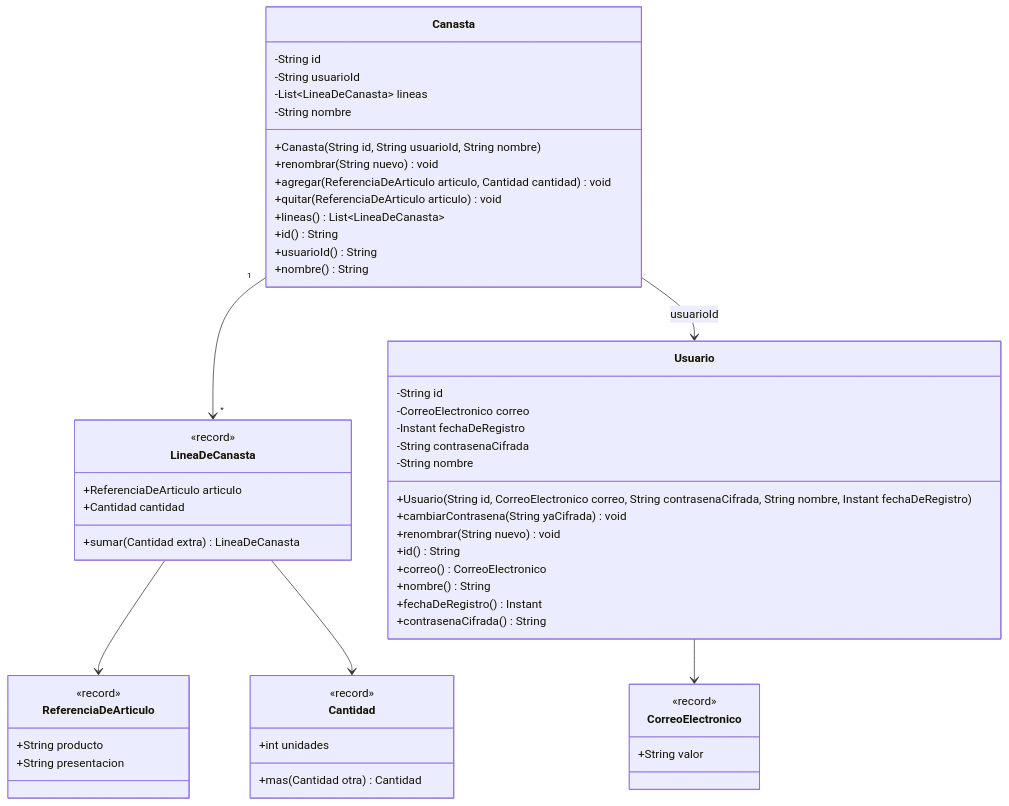
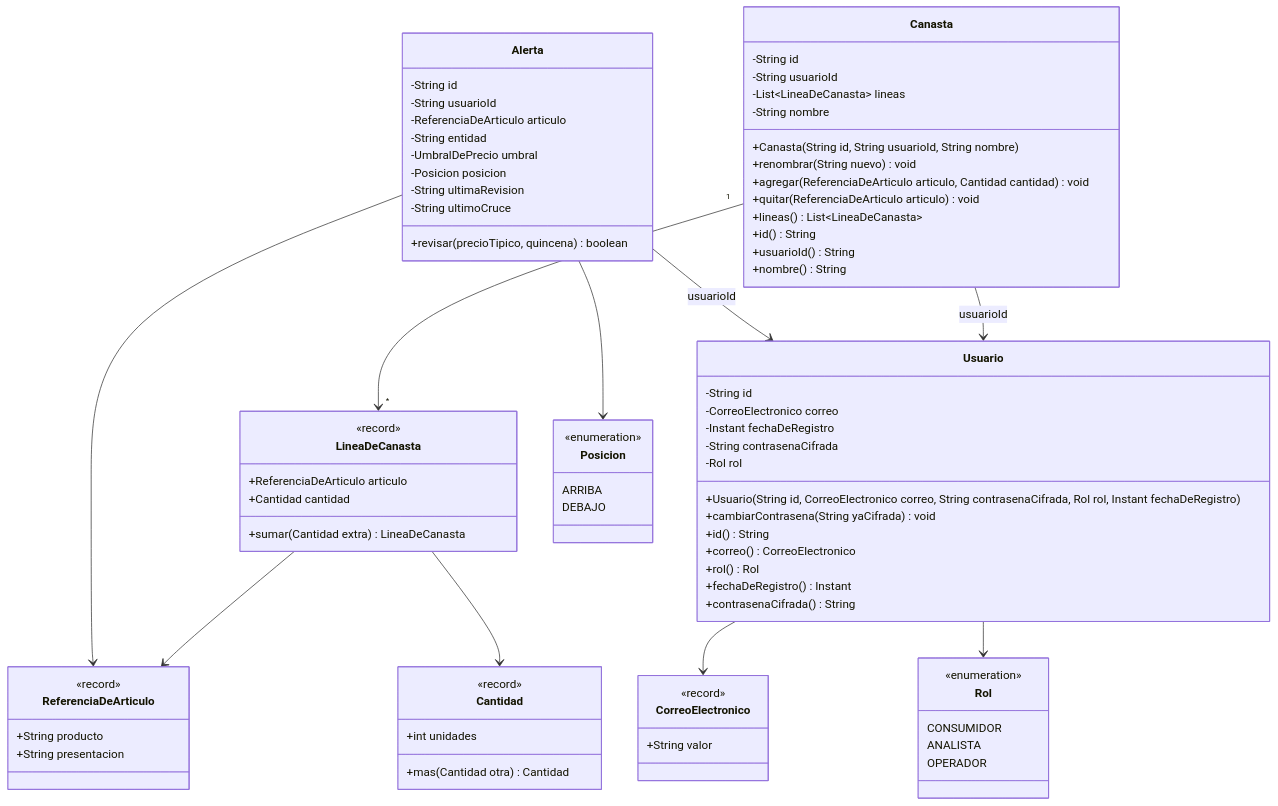
The diagram in docs/analisis/modelo-dominio.md (arik36/canastamx), drawn with Mermaid before and after one commit. The commit also changed other lines of this file and 4 other files, not shown here.

```diff
--- a/docs/analisis/modelo-dominio.md
+++ b/docs/analisis/modelo-dominio.md
@@ -129,13 +129,12 @@
         -CorreoElectronico correo
         -Instant fechaDeRegistro
         -String contrasenaCifrada
-        -String nombre
-        +Usuario(String id, CorreoElectronico correo, String contrasenaCifrada, String nombre, Instant fechaDeRegistro)
+        -Rol rol
+        +Usuario(String id, CorreoElectronico correo, String contrasenaCifrada, Rol rol, Instant fechaDeRegistro)
         +cambiarContrasena(String yaCifrada) void
-        +renombrar(String nuevo) void
         +id() String
         +correo() CorreoElectronico
-        +nombre() String
+        +rol() Rol
         +fechaDeRegistro() Instant
         +contrasenaCifrada() String
     }
@@ -179,7 +178,36 @@
         +mas(Cantidad otra) Cantidad
     }
 
+    class Rol {
+        <<enumeration>>
+        CONSUMIDOR
+        ANALISTA
+        OPERADOR
+    }
+
+    class Alerta {
+        -String id
+        -String usuarioId
+        -ReferenciaDeArticulo articulo
+        -String entidad
+        -UmbralDePrecio umbral
+        -Posicion posicion
+        -String ultimaRevision
+        -String ultimoCruce
+        +revisar(precioTipico, quincena) boolean
+    }
+
+    class Posicion {
+        <<enumeration>>
+        ARRIBA
+        DEBAJO
+    }
+
     Usuario --> CorreoElectronico
+    Usuario --> Rol
+    Alerta --> ReferenciaDeArticulo
+    Alerta --> Posicion
+    Alerta --> Usuario : usuarioId
     Canasta "1" --> "*" LineaDeCanasta
     LineaDeCanasta --> ReferenciaDeArticulo
     LineaDeCanasta --> Cantidad
```
